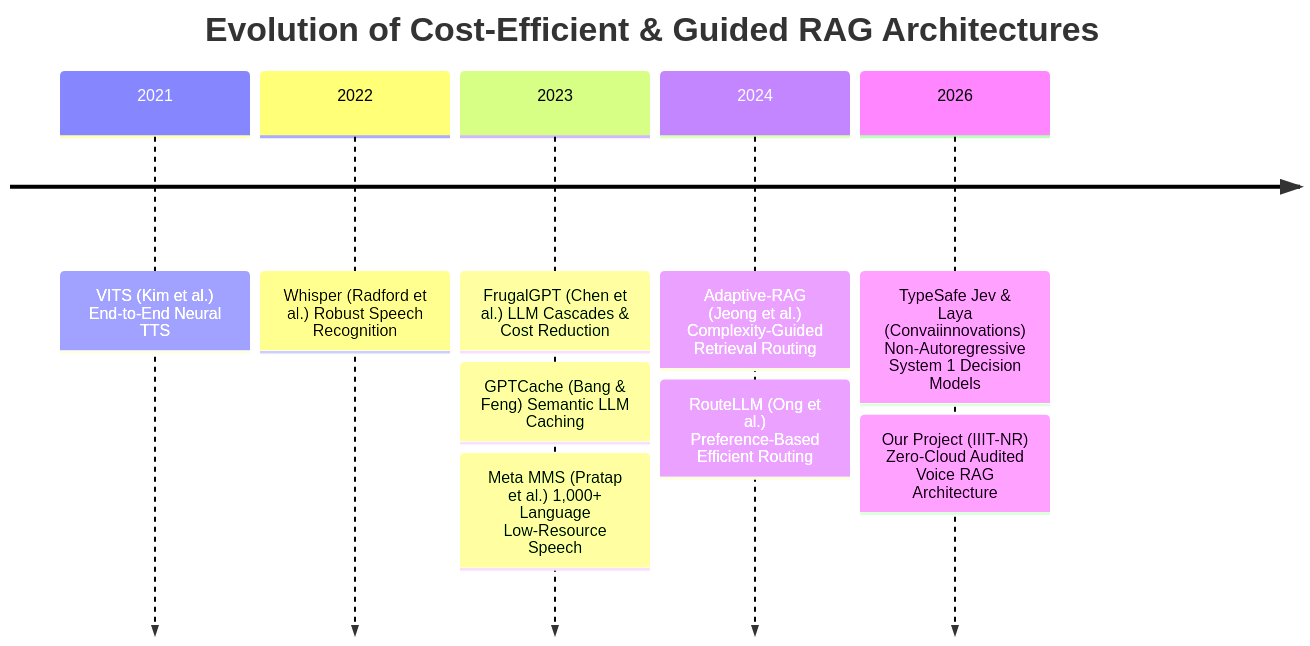
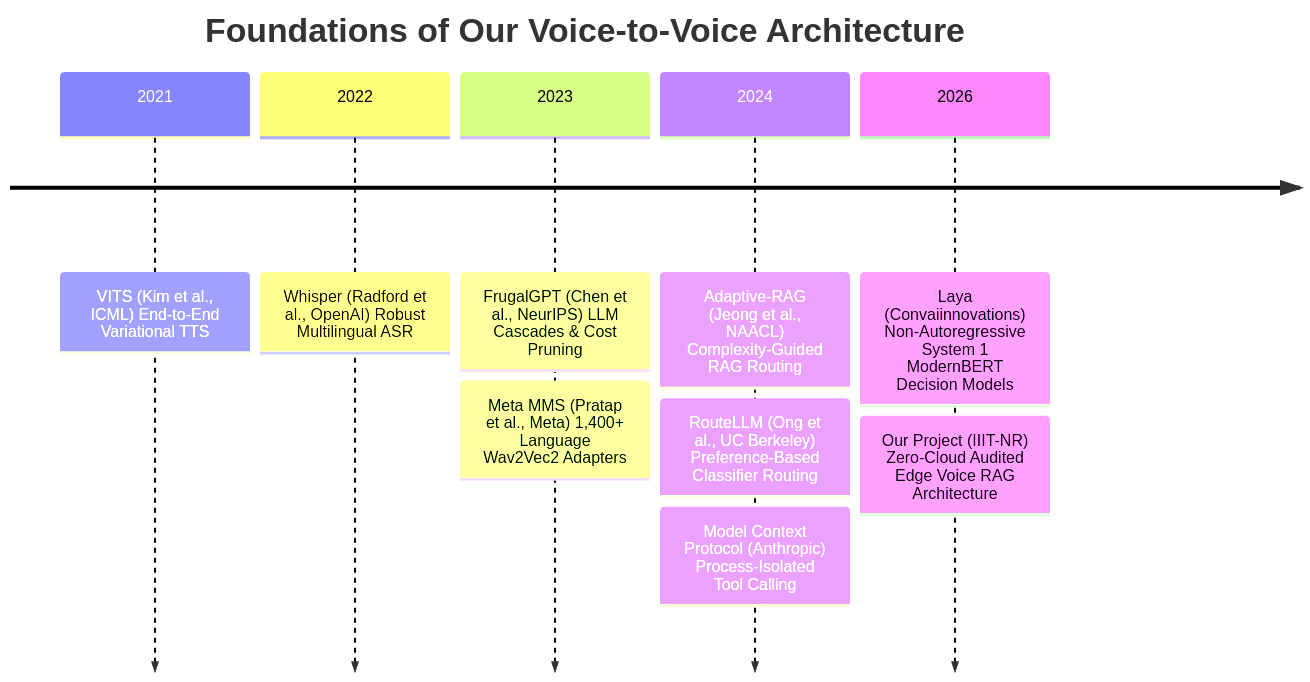
The third of 3 diagrams in idea/presentation/minor/01_PROBLEM_DEFINITION_AND_LITERATURE_REVIEW.md (Punyansh26/minorprojectsem5), drawn with Mermaid before and after one commit. The commit also changed other lines of this file and 18 other files, not shown here.

````diff
--- a/idea/presentation/minor/01_PROBLEM_DEFINITION_AND_LITERATURE_REVIEW.md
+++ b/idea/presentation/minor/01_PROBLEM_DEFINITION_AND_LITERATURE_REVIEW.md
@@ -156,13 +259,13 @@
 ```mermaid
 timeline
-    title Evolution of Cost-Efficient & Guided RAG Architectures
-    2021 : VITS (Kim et al.) End-to-End Neural TTS
-    2022 : Whisper (Radford et al.) Robust Speech Recognition
-    2023 : FrugalGPT (Chen et al.) LLM Cascades & Cost Reduction
-         : GPTCache (Bang & Feng) Semantic LLM Caching
-         : Meta MMS (Pratap et al.) 1,000+ Language Low-Resource Speech
-    2024 : Adaptive-RAG (Jeong et al.) Complexity-Guided Retrieval Routing
-         : RouteLLM (Ong et al.) Preference-Based Efficient Routing
-    2026 : TypeSafe Jev & Laya (Convaiinnovations) Non-Autoregressive System 1 Decision Models
-         : Our Project (IIIT-NR) Zero-Cloud Audited Voice RAG Architecture
+    title Foundations of Our Voice-to-Voice Architecture
+    2021 : VITS (Kim et al., ICML) End-to-End Variational TTS
+    2022 : Whisper (Radford et al., OpenAI) Robust Multilingual ASR
+    2023 : FrugalGPT (Chen et al., NeurIPS) LLM Cascades & Cost Pruning
+         : Meta MMS (Pratap et al., Meta) 1,400+ Language Wav2Vec2 Adapters
+    2024 : Adaptive-RAG (Jeong et al., NAACL) Complexity-Guided RAG Routing
+         : RouteLLM (Ong et al., UC Berkeley) Preference-Based Classifier Routing
+         : Model Context Protocol (Anthropic) Process-Isolated Tool Calling
+    2026 : Laya (Convaiinnovations) Non-Autoregressive System 1 ModernBERT Decision Models
+         : Our Project (IIIT-NR) Zero-Cloud Audited Edge Voice RAG Architecture
 ```
````
